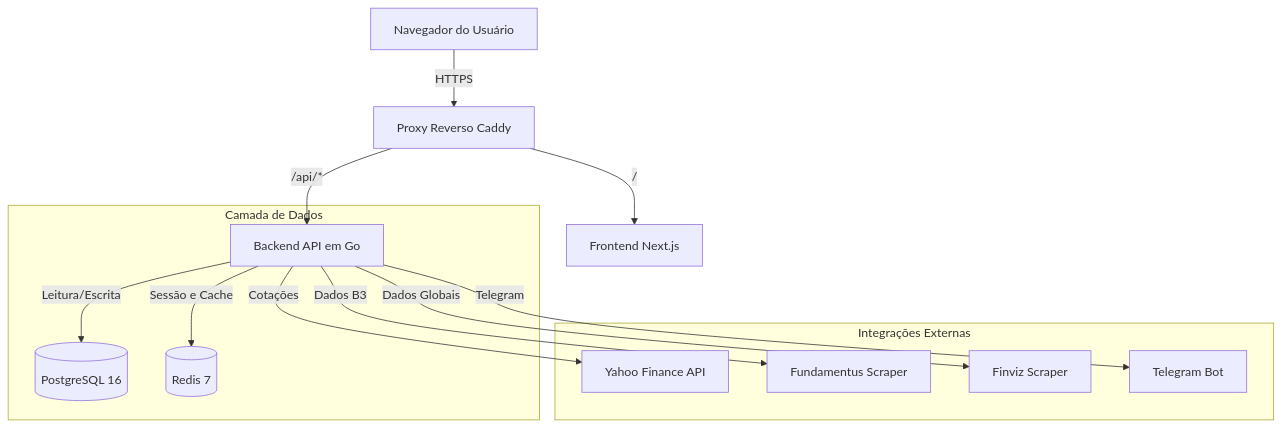
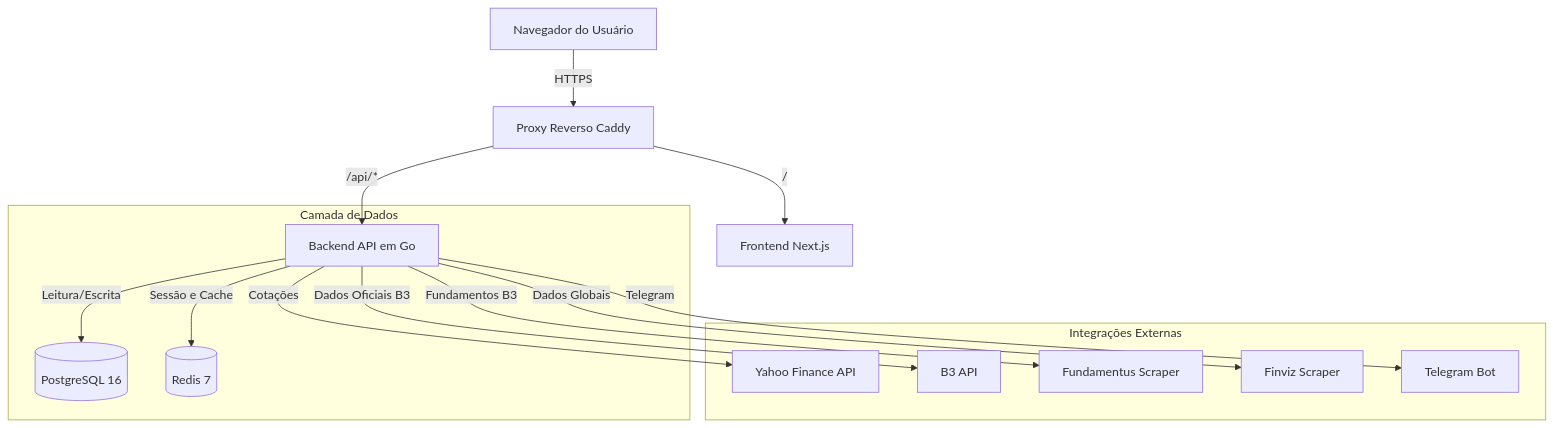
Before and after one commit to enakamura3/stock-pulse: the first of 7 diagrams in README.md, drawn with Mermaid. The commit also changed other lines of this file, not shown here.

Commit message:
docs: update architecture overview reflecting B3 integration and DividendGateway

````diff
--- a/README.md
+++ b/README.md
@@ -159,18 +159,19 @@
 ```mermaid
 graph TD
     Client[Navegador do Usuário] -->|HTTPS| Caddy[Proxy Reverso Caddy]
     Caddy -->|/api/*| GoAPI[Backend API em Go]
     Caddy -->|/| NextJS[Frontend Next.js]
     
     subgraph Camada de Dados
         GoAPI -->|Leitura/Escrita| PG[(PostgreSQL 16)]
         GoAPI -->|Sessão e Cache| Redis[(Redis 7)]
     end
     
     subgraph Integrações Externas
         GoAPI -->|Cotações| Yahoo[Yahoo Finance API]
-        GoAPI -->|Dados B3| Fundamentus[Fundamentus Scraper]
+        GoAPI -->|Dados Oficiais B3| B3[B3 API]
+        GoAPI -->|Fundamentos B3| Fundamentus[Fundamentus Scraper]
         GoAPI -->|Dados Globais| Finviz[Finviz Scraper]
         GoAPI -->|Telegram| Telegram[Telegram Bot]
     end
 ```
````
